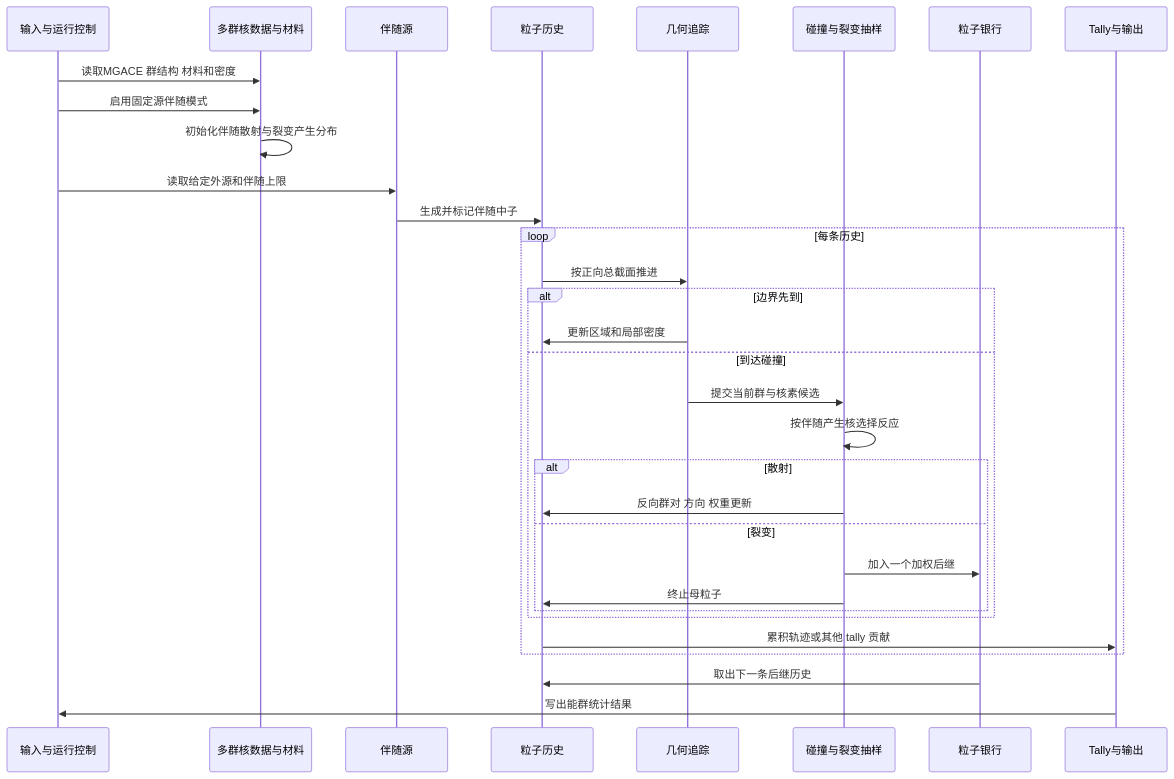
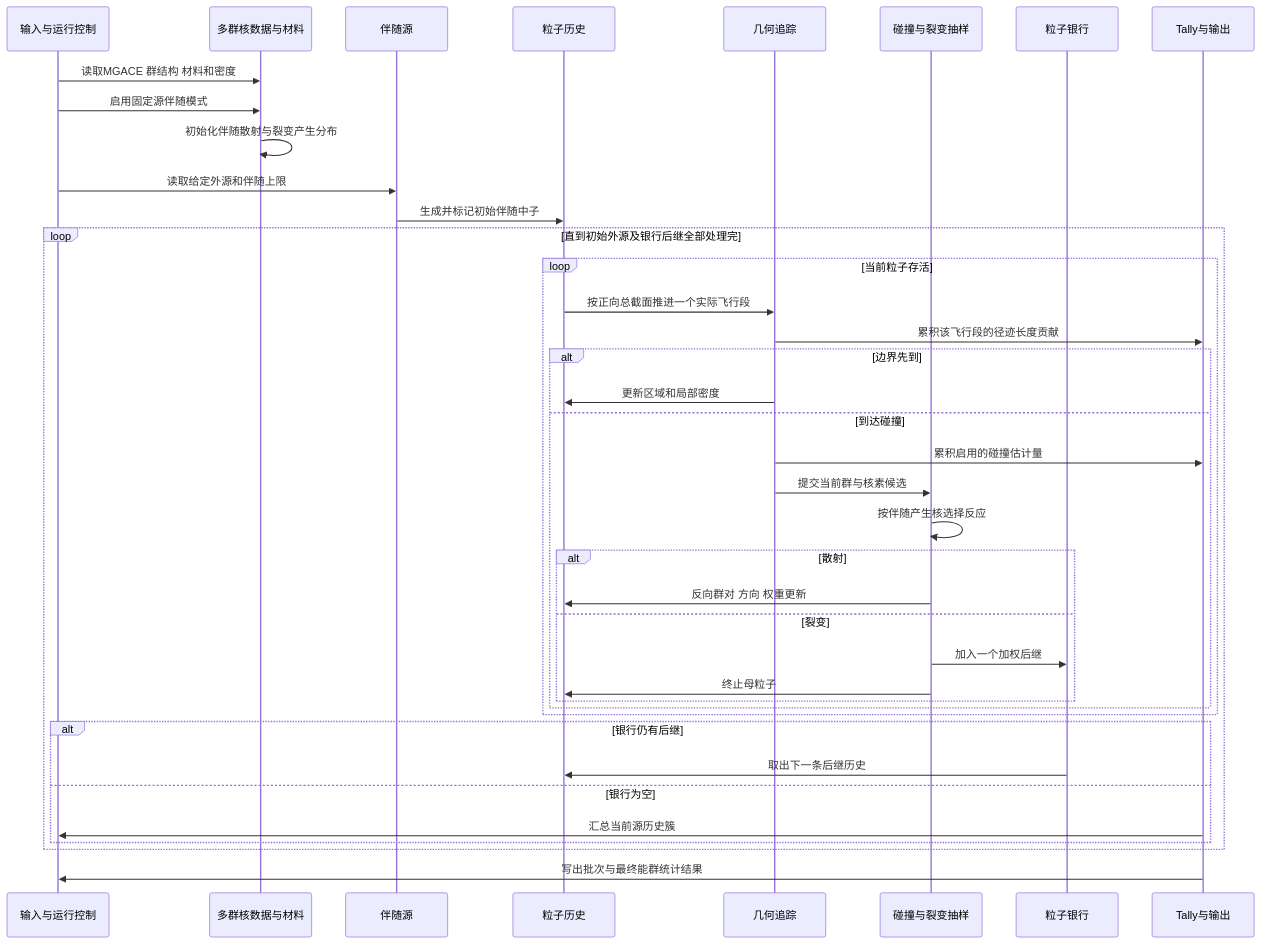
Before and after one commit to Silver-Zhang/AI_MC_WW_interation: the third of 5 diagrams in MLVR_Physics_Guide/01_RMC多群伴随输运/02_流程图与时序图.md, drawn with Mermaid. The commit also changed other lines of this file and 23 other files, not shown here.

````diff
--- a/MLVR_Physics_Guide/01_RMC多群伴随输运/02_流程图与时序图.md
+++ b/MLVR_Physics_Guide/01_RMC多群伴随输运/02_流程图与时序图.md
@@ -71,35 +76,42 @@
 ```mermaid
 sequenceDiagram
     participant I as 输入与运行控制
     participant M as 多群核数据与材料
     participant S as 伴随源
     participant P as 粒子历史
     participant G as 几何追踪
     participant C as 碰撞与裂变抽样
     participant B as 粒子银行
     participant T as Tally与输出
 
     I->>M: 读取MGACE 群结构 材料和密度
     I->>M: 启用固定源伴随模式
     M->>M: 初始化伴随散射与裂变产生分布
     I->>S: 读取给定外源和伴随上限
-    S->>P: 生成并标记伴随中子
-    loop 每条历史
-        P->>G: 按正向总截面推进
-        alt 边界先到
-            G->>P: 更新区域和局部密度
-        else 到达碰撞
-            G->>C: 提交当前群与核素候选
-            C->>C: 按伴随产生核选择反应
-            alt 散射
-                C->>P: 反向群对 方向 权重更新
-            else 裂变
-                C->>B: 加入一个加权后继
-                C->>P: 终止母粒子
+    S->>P: 生成并标记初始伴随中子
+    loop 直到初始外源及银行后继全部处理完
+        loop 当前粒子存活
+            P->>G: 按正向总截面推进一个实际飞行段
+            G->>T: 累积该飞行段的径迹长度贡献
+            alt 边界先到
+                G->>P: 更新区域和局部密度
+            else 到达碰撞
+                G->>T: 累积启用的碰撞估计量
+                G->>C: 提交当前群与核素候选
+                C->>C: 按伴随产生核选择反应
+                alt 散射
+                    C->>P: 反向群对 方向 权重更新
+                else 裂变
+                    C->>B: 加入一个加权后继
+                    C->>P: 终止母粒子
+                end
             end
         end
-        P->>T: 累积轨迹或其他 tally 贡献
+        alt 银行仍有后继
+            B->>P: 取出下一条后继历史
+        else 银行为空
+            T->>I: 汇总当前源历史簇
+        end
     end
-    B->>P: 取出下一条后继历史
-    T->>I: 写出能群统计结果
+    T->>I: 写出批次与最终能群统计结果
 ```
````
